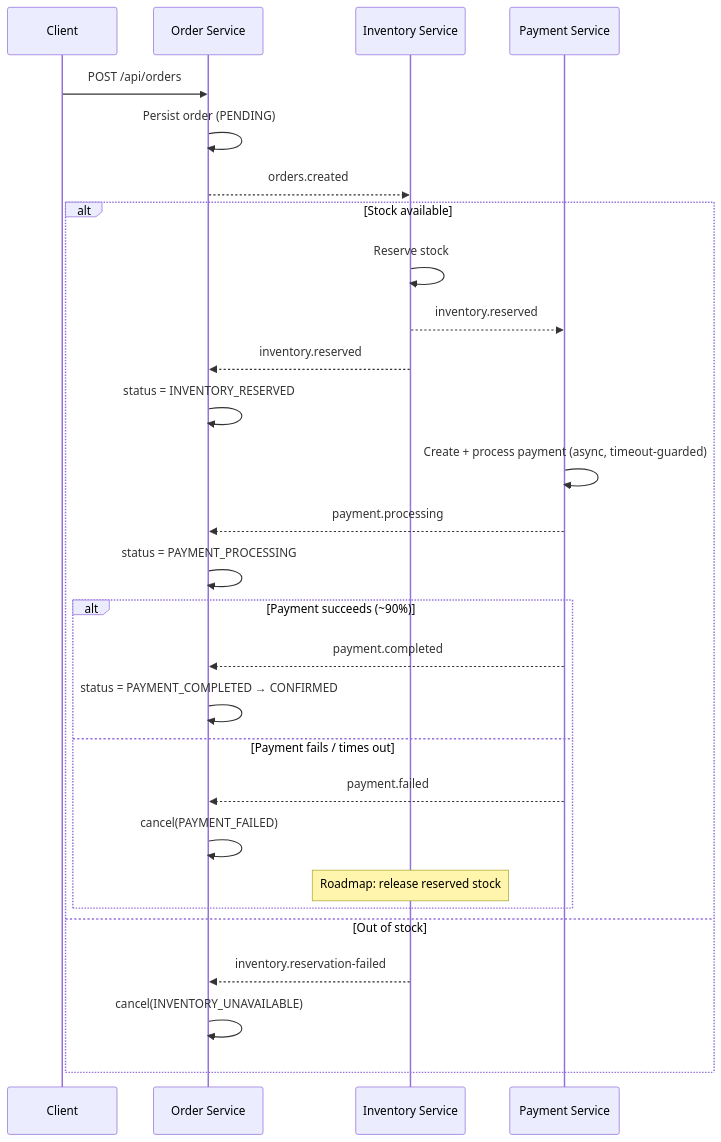
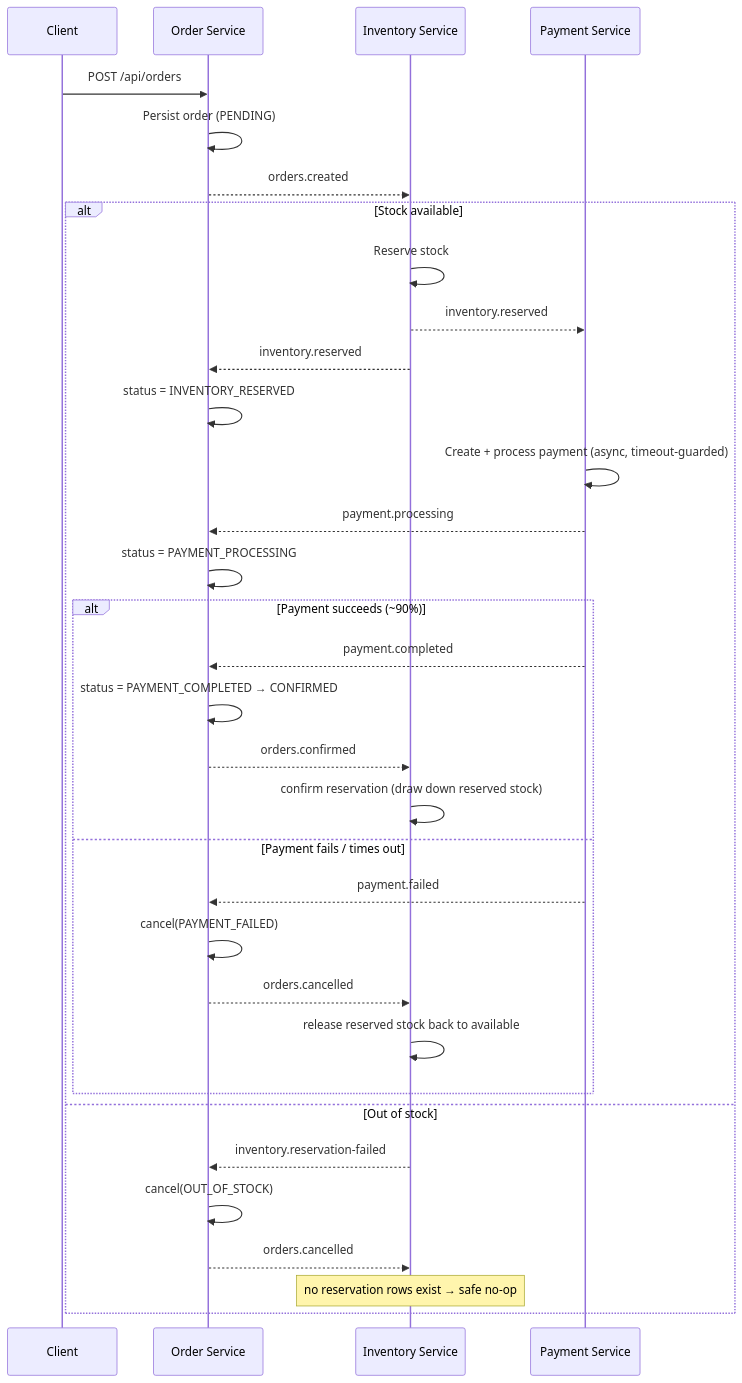
One commit to sowmyagomatam/order-management changed the second of 2 diagrams in README.md. Above: the diagram before and after it, drawn with Mermaid. The commit also changed other lines of this file and 5 other files, not shown here.

````diff
--- a/README.md
+++ b/README.md
@@ -75,34 +79,39 @@
 ```mermaid
 sequenceDiagram
     participant C as Client
     participant O as Order Service
     participant I as Inventory Service
     participant P as Payment Service
 
     C->>O: POST /api/orders
     O->>O: Persist order (PENDING)
     O-->>I: orders.created
 
     alt Stock available
         I->>I: Reserve stock
         I-->>P: inventory.reserved
         I-->>O: inventory.reserved
         O->>O: status = INVENTORY_RESERVED
 
         P->>P: Create + process payment (async, timeout-guarded)
         P-->>O: payment.processing
         O->>O: status = PAYMENT_PROCESSING
 
         alt Payment succeeds (~90%)
             P-->>O: payment.completed
             O->>O: status = PAYMENT_COMPLETED → CONFIRMED
+            O-->>I: orders.confirmed
+            I->>I: confirm reservation (draw down reserved stock)
         else Payment fails / times out
             P-->>O: payment.failed
             O->>O: cancel(PAYMENT_FAILED)
-            Note over I: Roadmap: release reserved stock
+            O-->>I: orders.cancelled
+            I->>I: release reserved stock back to available
         end
     else Out of stock
         I-->>O: inventory.reservation-failed
-        O->>O: cancel(INVENTORY_UNAVAILABLE)
+        O->>O: cancel(OUT_OF_STOCK)
+        O-->>I: orders.cancelled
+        Note over I: no reservation rows exist → safe no-op
     end
 ```
````
